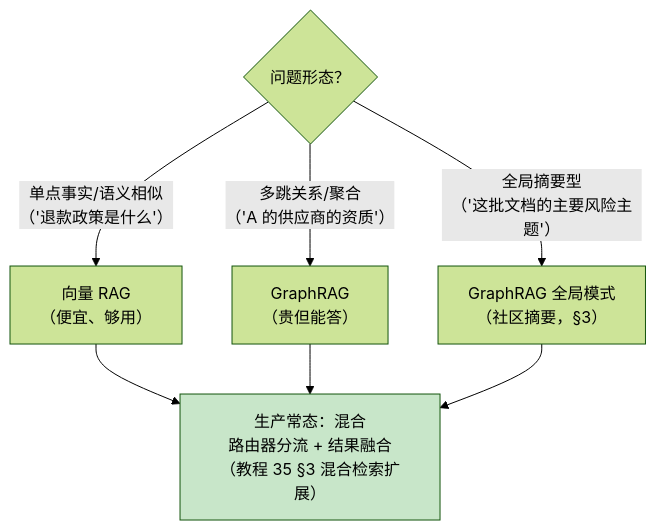
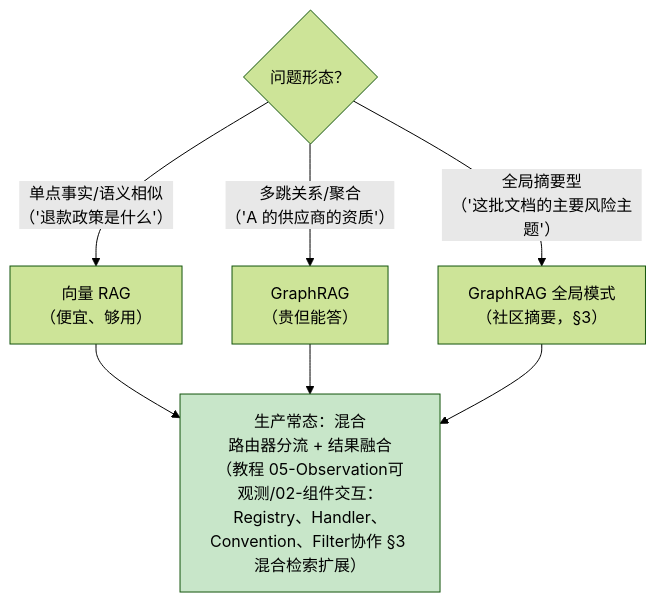
The first of 2 diagrams in docs/附录/10-知识图谱工程/01-GraphRAG工程化落地.md (UranusGit/java-agent-learn), drawn with Mermaid (forest theme) before and after one commit. The commit also changed other lines of this file and 634 other files, not shown here.

````diff
--- a/docs/附录/10-知识图谱工程/01-GraphRAG工程化落地.md
+++ b/docs/附录/10-知识图谱工程/01-GraphRAG工程化落地.md
@@ -17,10 +17,10 @@
 ```mermaid
 flowchart TD
     Q{"问题形态？"}
     Q -->|"单点事实/语义相似<br/>（'退款政策是什么'）"| V["向量 RAG<br/>（便宜、够用）"]
     Q -->|"多跳关系/聚合<br/>（'A 的供应商的资质'）"| G["GraphRAG<br/>（贵但能答）"]
     Q -->|"全局摘要型<br/>（'这批文档的主要风险主题'）"| G2["GraphRAG 全局模式<br/>（社区摘要，§3）"]
-    V & G & G2 --> HY["生产常态：混合<br/>路由器分流 + 结果融合<br/>（教程 35 §3 混合检索扩展）"]
+    V & G & G2 --> HY["生产常态：混合<br/>路由器分流 + 结果融合<br/>（教程 05-Observation可观测/02-组件交互：Registry、Handler、Convention、Filter协作 §3 混合检索扩展）"]
 
     style HY fill:#c8e6c9
 ```
````
